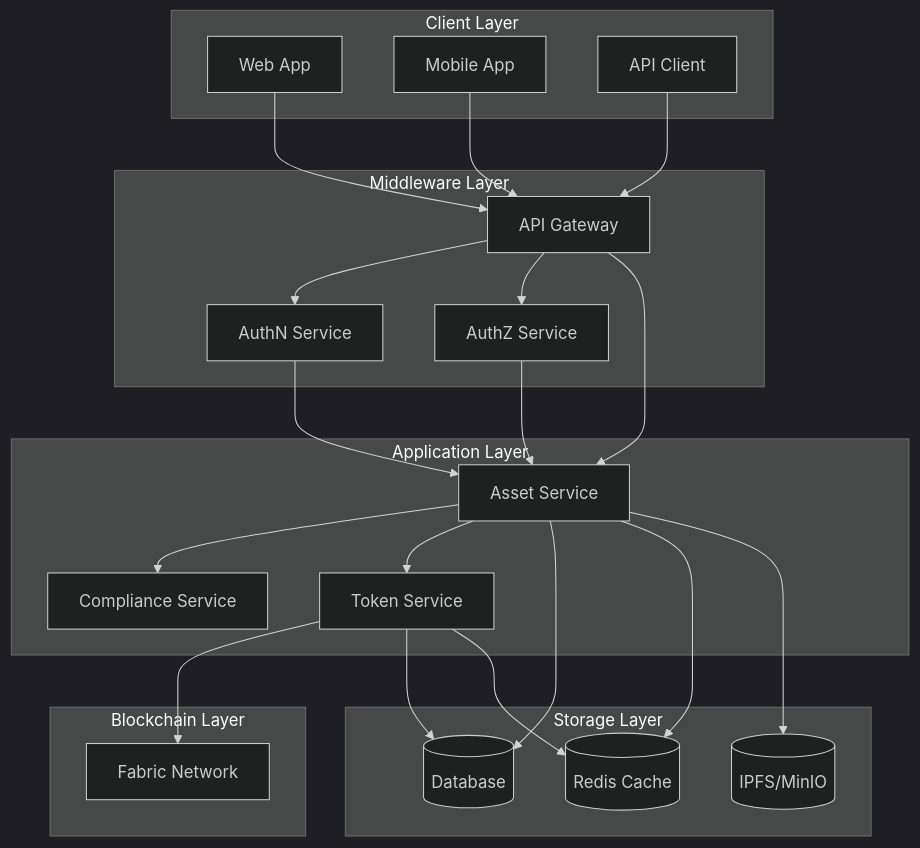
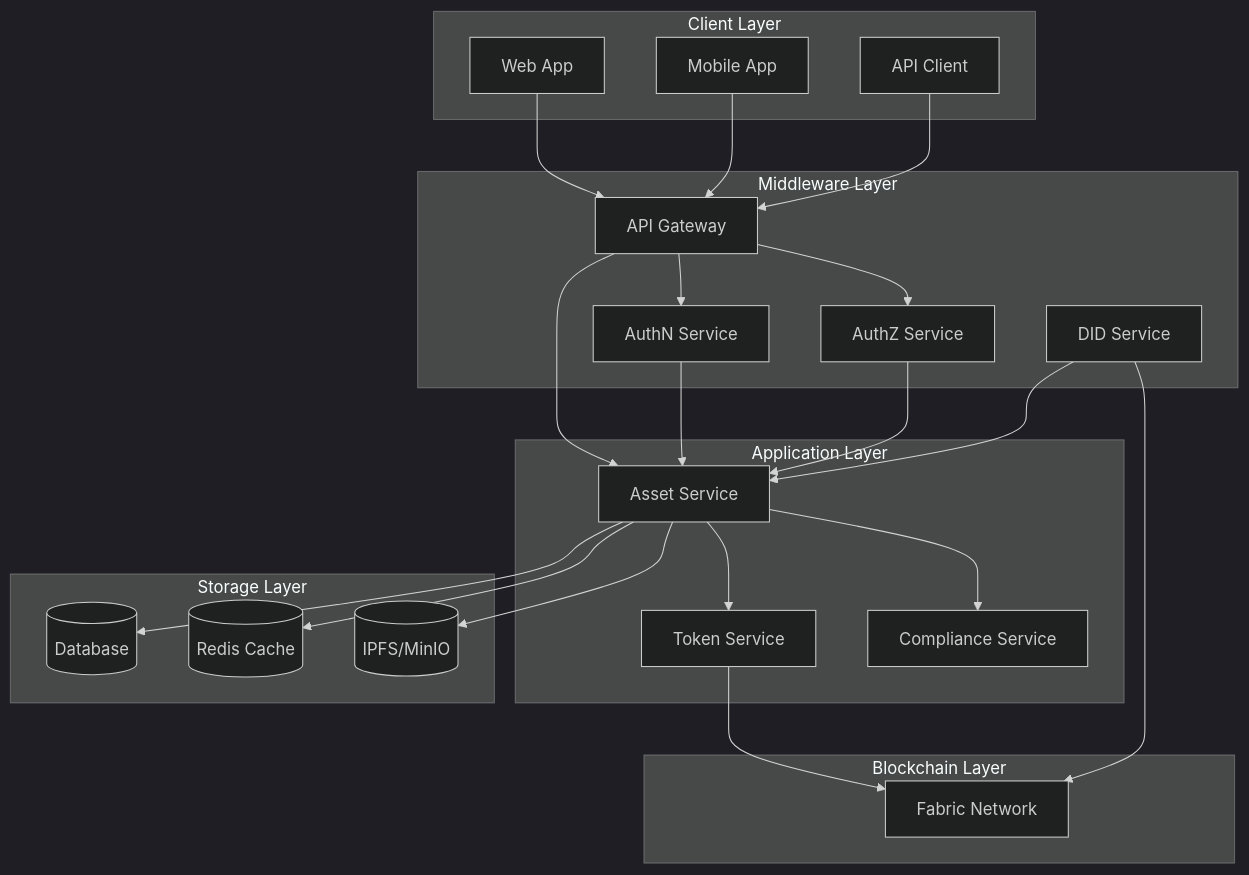
One commit to metafi-blockchain/metafi-digital-assets-service changed the diagram in docs/technical-design.vi.md. Above: the diagram before and after it, drawn with Mermaid (dark theme). The commit also changed other lines of this file, not shown here.

````diff
--- a/docs/technical-design.vi.md
+++ b/docs/technical-design.vi.md
@@ -7,52 +7,52 @@
 ```mermaid
 graph TD
     subgraph "Client Layer"
         Web[Web App]
         Mobile[Mobile App]
         API[API Client]
     end
 
     subgraph "Middleware Layer"
         Gateway[API Gateway]
         AuthN[AuthN Service]
         AuthZ[AuthZ Service]
+        DID[DID Service]
     end
 
     subgraph "Application Layer"
         Asset[Asset Service]
         Token[Token Service]
         Compliance[Compliance Service]
     end
 
     subgraph "Blockchain Layer"
         Fabric[Fabric Network]
     end
 
     subgraph "Storage Layer"
         DB[(Database)]
         Cache[(Redis Cache)]
         Storage[(IPFS/MinIO)]
     end
 
     Web --> Gateway
     Mobile --> Gateway
     API --> Gateway
 
     Gateway --> AuthN
     Gateway --> AuthZ
     Gateway --> Asset
 
     AuthN --> Asset
     AuthZ --> Asset
+    DID --> Asset
 
     Asset --> Compliance
     Asset --> Token
     Token --> Fabric
+    DID --> Fabric
 
     Asset --> DB
     Asset --> Cache
     Asset --> Storage
-
-    Token --> DB
-    Token --> Cache
 ```
````
